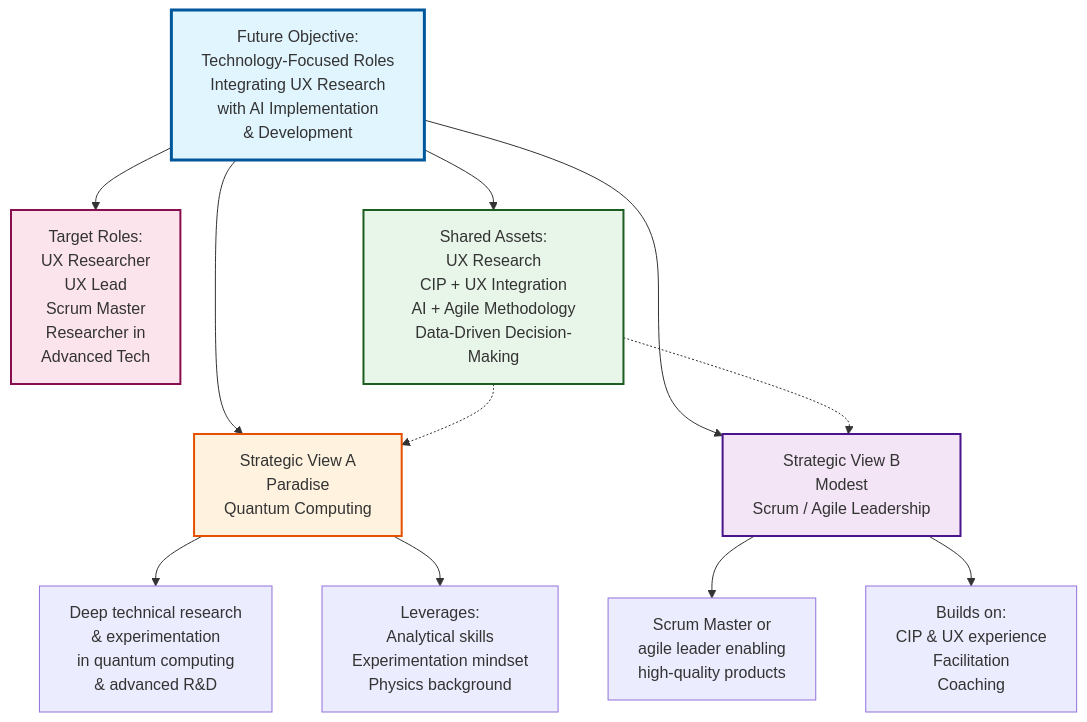
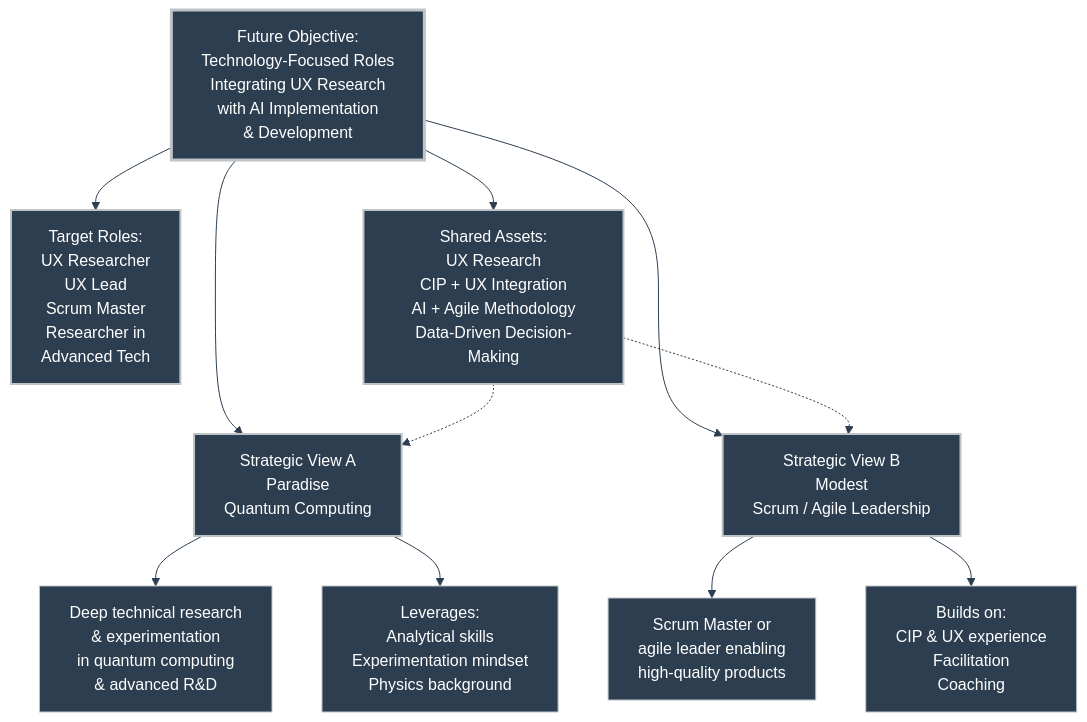
Before and after one commit to duducm2/my-personal-repo: diagram 14 of 14 in portfolio/mermaid/diagrams.md, drawn with Mermaid. The commit also changed other lines of this file and 1 other file, not shown here.

Commit message:
Add Mermaid diagram themes and styles for improved visual consistency across portfolio slides. Update color schemes and font settings to enhance readability and presentation quality.

````diff
--- a/portfolio/mermaid/diagrams.md
+++ b/portfolio/mermaid/diagrams.md
@@ -265,35 +278,36 @@
 ```mermaid
+%%{init: {'theme': 'base', 'themeVariables': { 'primaryColor': '#2c3e50', 'primaryTextColor': '#fff', 'primaryBorderColor': '#bdc3c7', 'lineColor': '#2c3e50', 'fontFamily': 'Lato'}}}%%
 flowchart TD
     Objective["Future Objective:<br/>Technology-Focused Roles<br/>Integrating UX Research<br/>with AI Implementation<br/>& Development"]
     
     Roles["Target Roles:<br/>UX Researcher<br/>UX Lead<br/>Scrum Master<br/>Researcher in<br/>Advanced Tech"]
     
     ViewA["Strategic View A<br/>Paradise<br/>Quantum Computing"]
     ViewA1["Deep technical research<br/>& experimentation<br/>in quantum computing<br/>& advanced R&D"]
     ViewA2["Leverages:<br/>Analytical skills<br/>Experimentation mindset<br/>Physics background"]
     
     ViewB["Strategic View B<br/>Modest<br/>Scrum / Agile Leadership"]
     ViewB1["Scrum Master or<br/>agile leader enabling<br/>high-quality products"]
     ViewB2["Builds on:<br/>CIP & UX experience<br/>Facilitation<br/>Coaching"]
     
     Assets["Shared Assets:<br/>UX Research<br/>CIP + UX Integration<br/>AI + Agile Methodology<br/>Data-Driven Decision-Making"]
     
     Objective --> Roles
     Objective --> ViewA
     Objective --> ViewB
     Objective --> Assets
     
     ViewA --> ViewA1
     ViewA --> ViewA2
     ViewB --> ViewB1
     ViewB --> ViewB2
     
     Assets -.-> ViewA
     Assets -.-> ViewB
     
-    style Objective fill:#e1f5ff,stroke:#01579b,stroke-width:3px
-    style ViewA fill:#fff3e0,stroke:#e65100,stroke-width:2px
-    style ViewB fill:#f3e5f5,stroke:#4a148c,stroke-width:2px
-    style Assets fill:#e8f5e9,stroke:#1b5e20,stroke-width:2px
-    style Roles fill:#fce4ec,stroke:#880e4f,stroke-width:2px
+    style Objective fill:#2c3e50,stroke:#bdc3c7,stroke-width:3px,color:#fff
+    style ViewA fill:#2c3e50,stroke:#bdc3c7,stroke-width:2px,color:#fff
+    style ViewB fill:#2c3e50,stroke:#bdc3c7,stroke-width:2px,color:#fff
+    style Assets fill:#2c3e50,stroke:#bdc3c7,stroke-width:2px,color:#fff
+    style Roles fill:#2c3e50,stroke:#bdc3c7,stroke-width:2px,color:#fff
 ```
````
